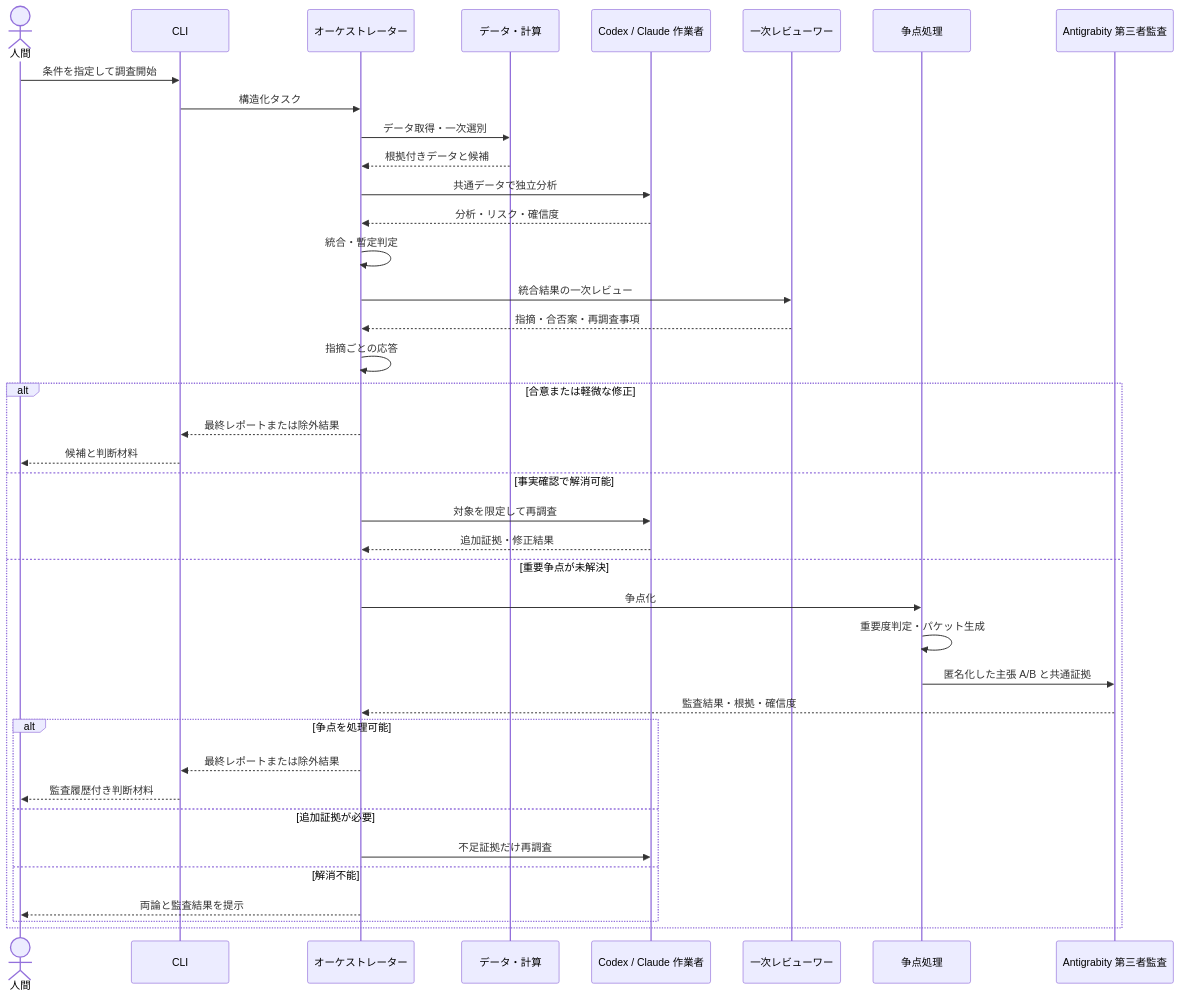
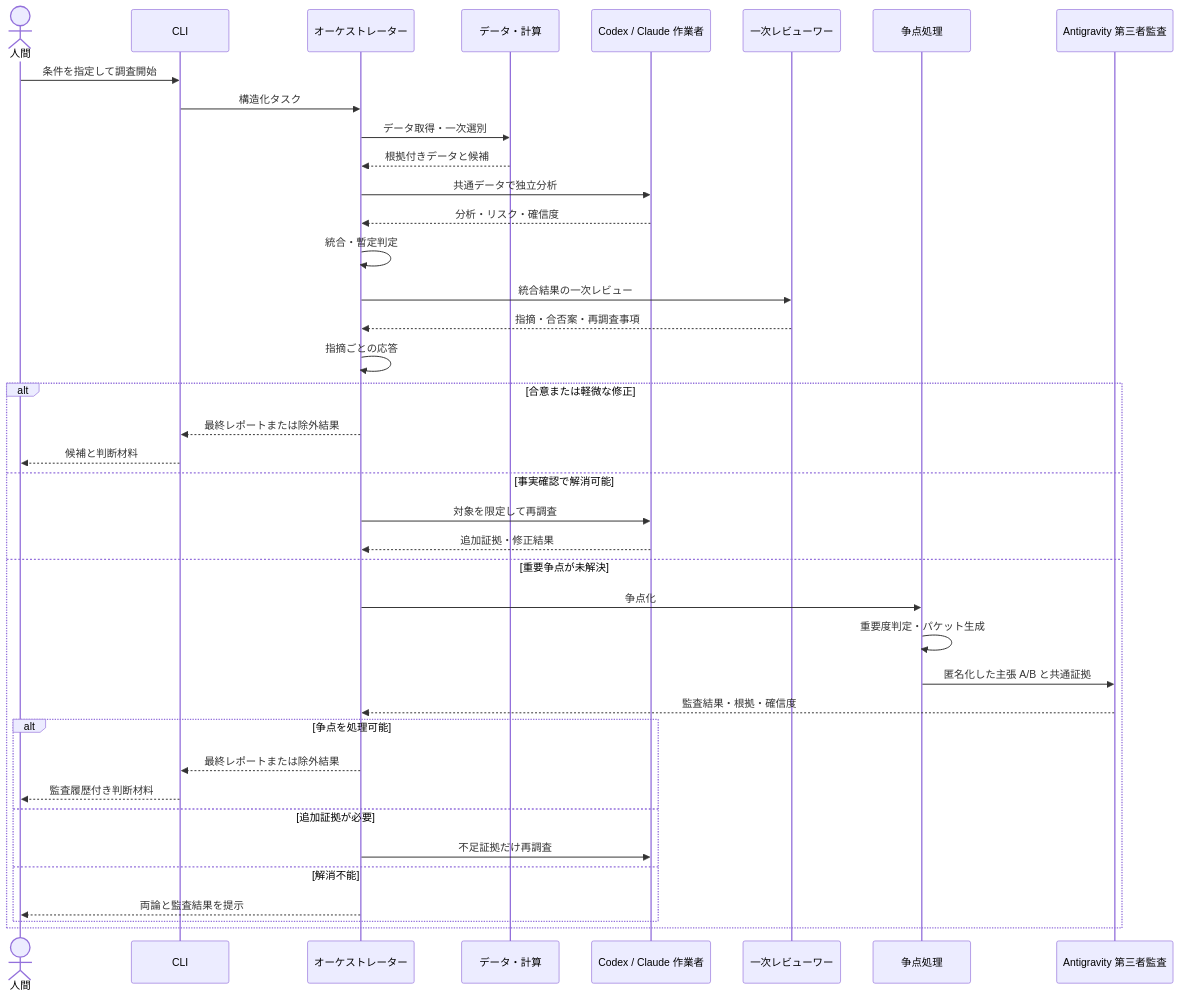
One commit to toike08D17012/system-trade-with-llm-orchestrator changed the third of 7 diagrams in docs/design/02-stock-research-system-architecture.md. Above: the diagram before and after it, drawn with Mermaid. The commit also changed other lines of this file and 1 other file, not shown here.

Commit message:
docs: standardize Antigravity and reviewer policy

````diff
--- a/docs/design/02-stock-research-system-architecture.md
+++ b/docs/design/02-stock-research-system-architecture.md
@@ -305,43 +305,43 @@
 ```mermaid
 sequenceDiagram
     actor Human as 人間
     participant CLI as CLI
     participant Orch as オーケストレーター
     participant Data as データ・計算
     participant Workers as Codex / Claude 作業者
     participant Reviewer as 一次レビューワー
     participant Dispute as 争点処理
-    participant Antigrabity as Antigrabity 第三者監査
+    participant Antigravity as Antigravity 第三者監査
 
     Human->>CLI: 条件を指定して調査開始
     CLI->>Orch: 構造化タスク
     Orch->>Data: データ取得・一次選別
     Data-->>Orch: 根拠付きデータと候補
     Orch->>Workers: 共通データで独立分析
     Workers-->>Orch: 分析・リスク・確信度
     Orch->>Orch: 統合・暫定判定
     Orch->>Reviewer: 統合結果の一次レビュー
     Reviewer-->>Orch: 指摘・合否案・再調査事項
     Orch->>Orch: 指摘ごとの応答
 
     alt 合意または軽微な修正
         Orch-->>CLI: 最終レポートまたは除外結果
         CLI-->>Human: 候補と判断材料
     else 事実確認で解消可能
         Orch->>Workers: 対象を限定して再調査
         Workers-->>Orch: 追加証拠・修正結果
     else 重要争点が未解決
         Orch->>Dispute: 争点化
         Dispute->>Dispute: 重要度判定・パケット生成
-        Dispute->>Antigrabity: 匿名化した主張 A/B と共通証拠
-        Antigrabity-->>Orch: 監査結果・根拠・確信度
+        Dispute->>Antigravity: 匿名化した主張 A/B と共通証拠
+        Antigravity-->>Orch: 監査結果・根拠・確信度
         alt 争点を処理可能
             Orch-->>CLI: 最終レポートまたは除外結果
             CLI-->>Human: 監査履歴付き判断材料
         else 追加証拠が必要
             Orch->>Workers: 不足証拠だけ再調査
         else 解消不能
             Orch-->>Human: 両論と監査結果を提示
         end
     end
 ```
````
